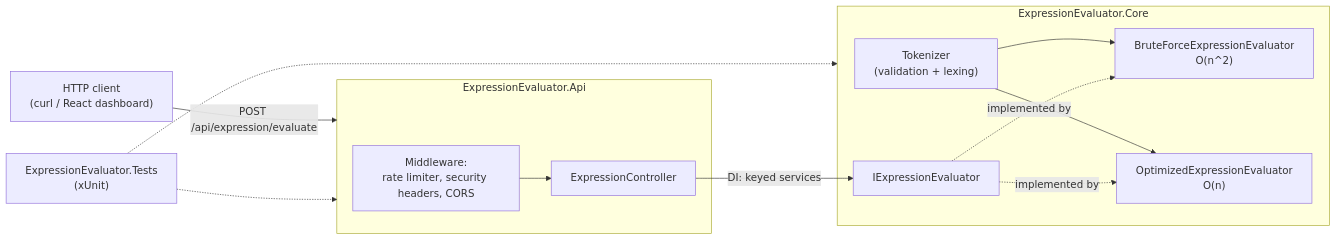
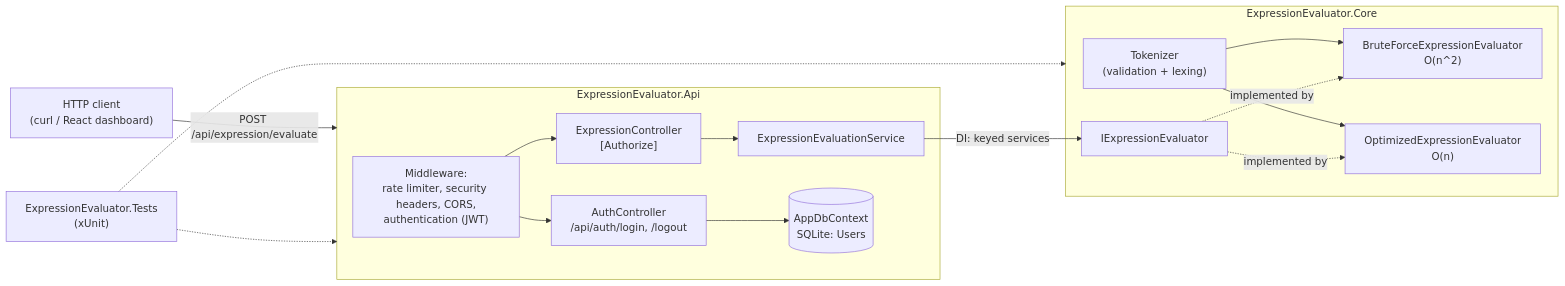
Before and after one commit to shiv10r/Ig-UlSolutions-CodingTask: the diagram in docs/ARCHITECTURE.md, drawn with Mermaid. The commit also changed other lines of this file and 27 other files, not shown here.

````diff
--- a/docs/ARCHITECTURE.md
+++ b/docs/ARCHITECTURE.md
@@ -13,26 +13,32 @@
 ```mermaid
 flowchart LR
     Client["HTTP client\n(curl / React dashboard)"] -->|POST /api/expression/evaluate| API
 
     subgraph API["ExpressionEvaluator.Api"]
-        MW["Middleware:\nrate limiter, security headers, CORS"]
-        Ctrl["ExpressionController"]
+        MW["Middleware:\nrate limiter, security headers, CORS,\nauthentication (JWT)"]
+        Auth["AuthController\n/api/auth/login, /logout"]
+        Ctrl["ExpressionController\n[Authorize]"]
+        Svc["ExpressionEvaluationService"]
+        DB[("AppDbContext\nSQLite: Users")]
+        MW --> Auth
         MW --> Ctrl
+        Ctrl --> Svc
+        Auth --> DB
     end
 
     subgraph Core["ExpressionEvaluator.Core"]
         Tok["Tokenizer\n(validation + lexing)"]
         IFace["IExpressionEvaluator"]
         BF["BruteForceExpressionEvaluator\nO(n^2)"]
         Opt["OptimizedExpressionEvaluator\nO(n)"]
         Tok --> BF
         Tok --> Opt
         IFace -.implemented by.-> BF
         IFace -.implemented by.-> Opt
     end
 
-    Ctrl -->|DI: keyed services| IFace
+    Svc -->|DI: keyed services| IFace
 
     Tests["ExpressionEvaluator.Tests\n(xUnit)"] -.-> Core
     Tests -.-> API
 ```
````
